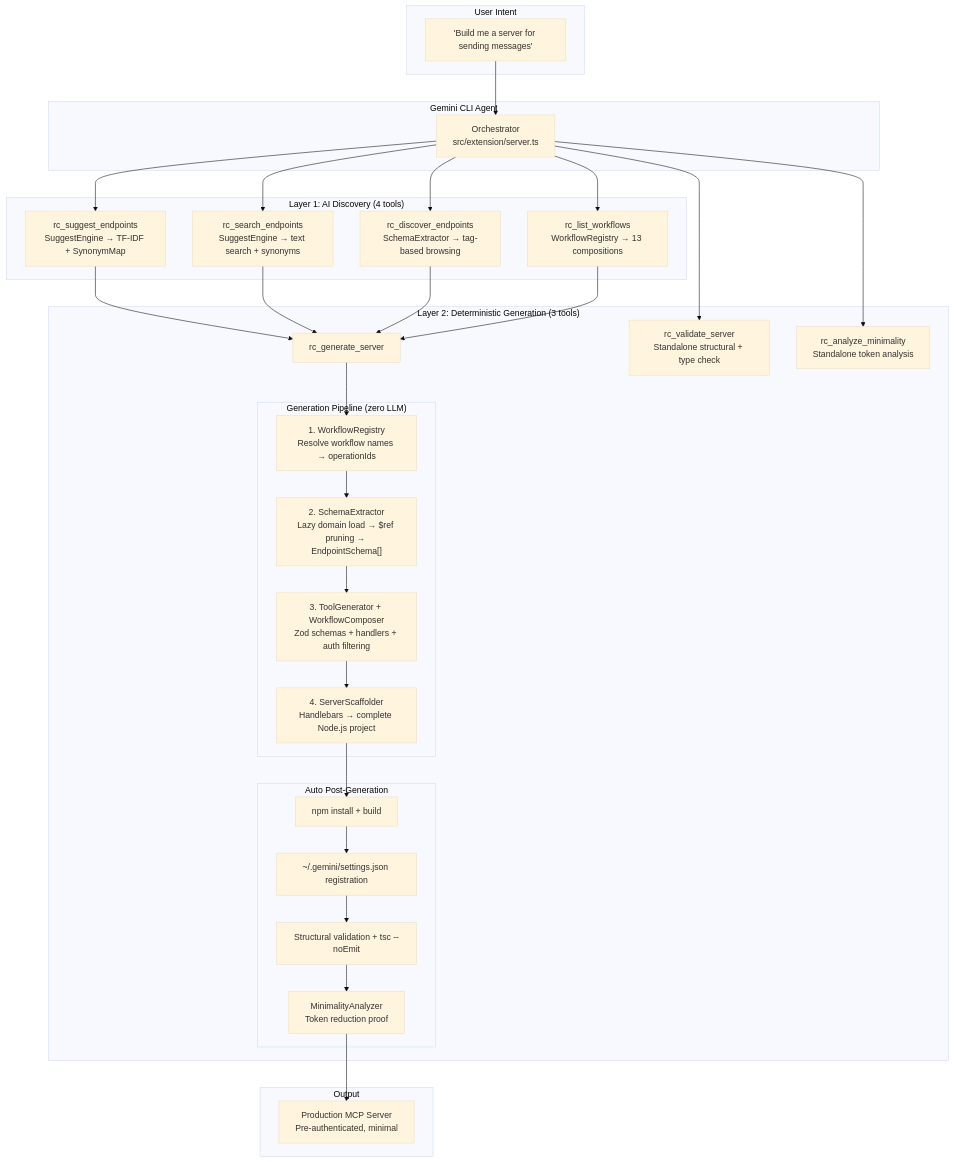
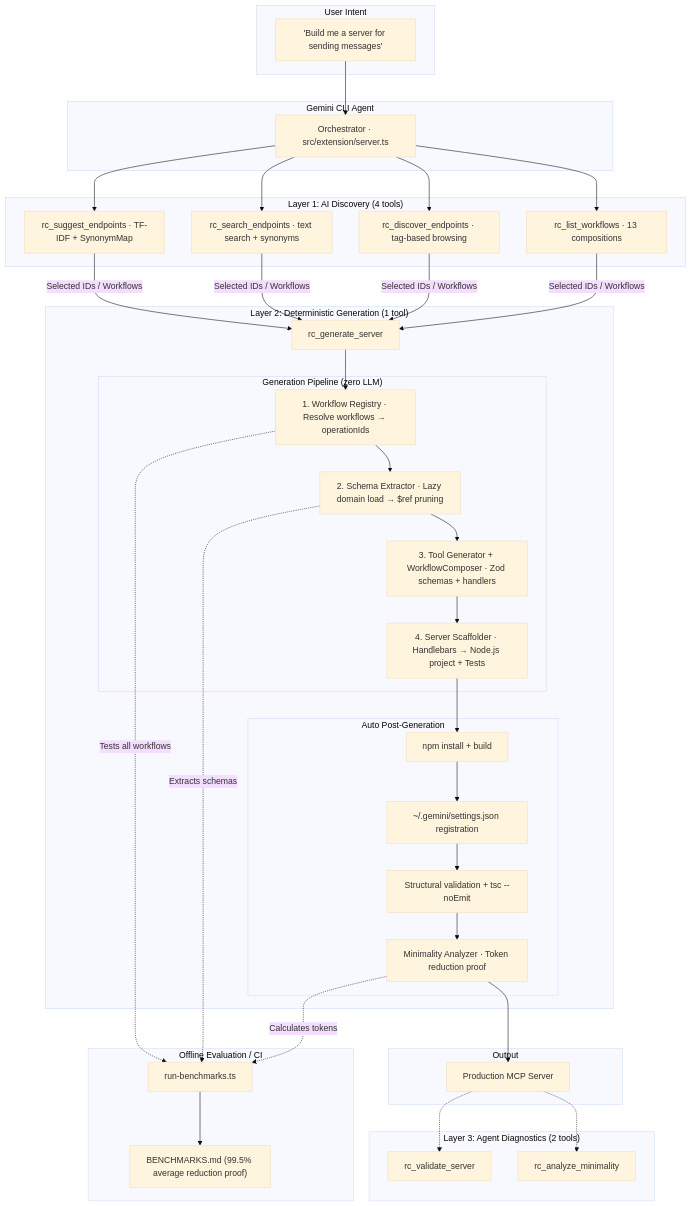
One commit to thekishandev/MCP-Server-Generator changed the diagram in README.md. Above: the diagram before and after it, drawn with Mermaid (base theme).

Commit message:
Updated Architecture

````diff
--- a/README.md
+++ b/README.md
@@ -65,49 +65,61 @@
 ```mermaid
 flowchart TB
     subgraph USER["User Intent"]
         I["'Build me a server for sending messages'"]
     end
 
     subgraph AGENT["Gemini CLI Agent"]
-        O["Orchestrator\nsrc/extension/server.ts"]
+        O["Orchestrator · src/extension/server.ts"]
     end
 
     subgraph L1["Layer 1: AI Discovery (4 tools)"]
-        S["rc_suggest_endpoints\nSuggestEngine → TF-IDF + SynonymMap"]
-        SE["rc_search_endpoints\nSuggestEngine → text search + synonyms"]
-        D["rc_discover_endpoints\nSchemaExtractor → tag-based browsing"]
-        W["rc_list_workflows\nWorkflowRegistry → 13 compositions"]
+        S["rc_suggest_endpoints · TF-IDF + SynonymMap"]
+        SE["rc_search_endpoints · text search + synonyms"]
+        D["rc_discover_endpoints · tag-based browsing"]
+        W["rc_list_workflows · 13 compositions"]
     end
 
-    subgraph L2["Layer 2: Deterministic Generation (3 tools)"]
+    subgraph L2["Layer 2: Deterministic Generation (1 tool)"]
         G["rc_generate_server"]
         subgraph PIPE["Generation Pipeline (zero LLM)"]
-            P1["1. WorkflowRegistry\nResolve workflow names → operationIds"]
-            P2["2. SchemaExtractor\nLazy domain load → $ref pruning → EndpointSchema[]"]
-            P3["3. ToolGenerator + WorkflowComposer\nZod schemas + handlers + auth filtering"]
-            P4["4. ServerScaffolder\nHandlebars → complete Node.js project"]
+            P1["1. Workflow Registry · Resolve workflows → operationIds"]
+            P2["2. Schema Extractor · Lazy domain load → $ref pruning"]
+            P3["3. Tool Generator + WorkflowComposer · Zod schemas + handlers"]
+            P4["4. Server Scaffolder · Handlebars → Node.js project + Tests"]
         end
         subgraph POST["Auto Post-Generation"]
             P5["npm install + build"]
             P6["~/.gemini/settings.json registration"]
             P7["Structural validation + tsc --noEmit"]
-            P8["MinimalityAnalyzer\nToken reduction proof"]
+            P8["Minimality Analyzer · Token reduction proof"]
         end
-        V["rc_validate_server\nStandalone structural + type check"]
-        A["rc_analyze_minimality\nStandalone token analysis"]
     end
-
+    
+    subgraph EVAL["Offline Evaluation / CI"]
+        B1["run-benchmarks.ts"]
+        B2["BENCHMARKS.md (99.5% average reduction proof)"]
+    end
+    
     subgraph OUT["Output"]
-        SRV["Production MCP Server\nPre-authenticated, minimal"]
+        M["Production MCP Server"]
     end
-
-    I --> O
-    O --> S & SE & D & W
-
-    S & SE & D & W --> G
-
-    G --> P1 --> P2 --> P3 --> P4 --> P5 --> P6 --> P7 --> P8 --> SRV
-
-    O --> V
-    O --> A
+    
+    subgraph L3["Layer 3: Agent Diagnostics (2 tools)"]
+        V["rc_validate_server"]
+        A["rc_analyze_minimality"]
+    end
+    
+    %% Flow logic
+    I --> O --> S & SE & D & W
+    S & SE & D & W -- "Selected IDs / Workflows" --> G
+    
+    G --> P1 --> P2 --> P3 --> P4 --> P5 --> P6 --> P7 --> P8 --> M
+    M -.-> V
+    M -.-> A
+    
+    %% Benchmarks linking to the specific classes they test
+    P1 -. "Tests all workflows" .-> B1
+    P2 -. "Extracts schemas" .-> B1
+    P8 -. "Calculates tokens" .-> B1
+    B1 --> B2
 ```
````
